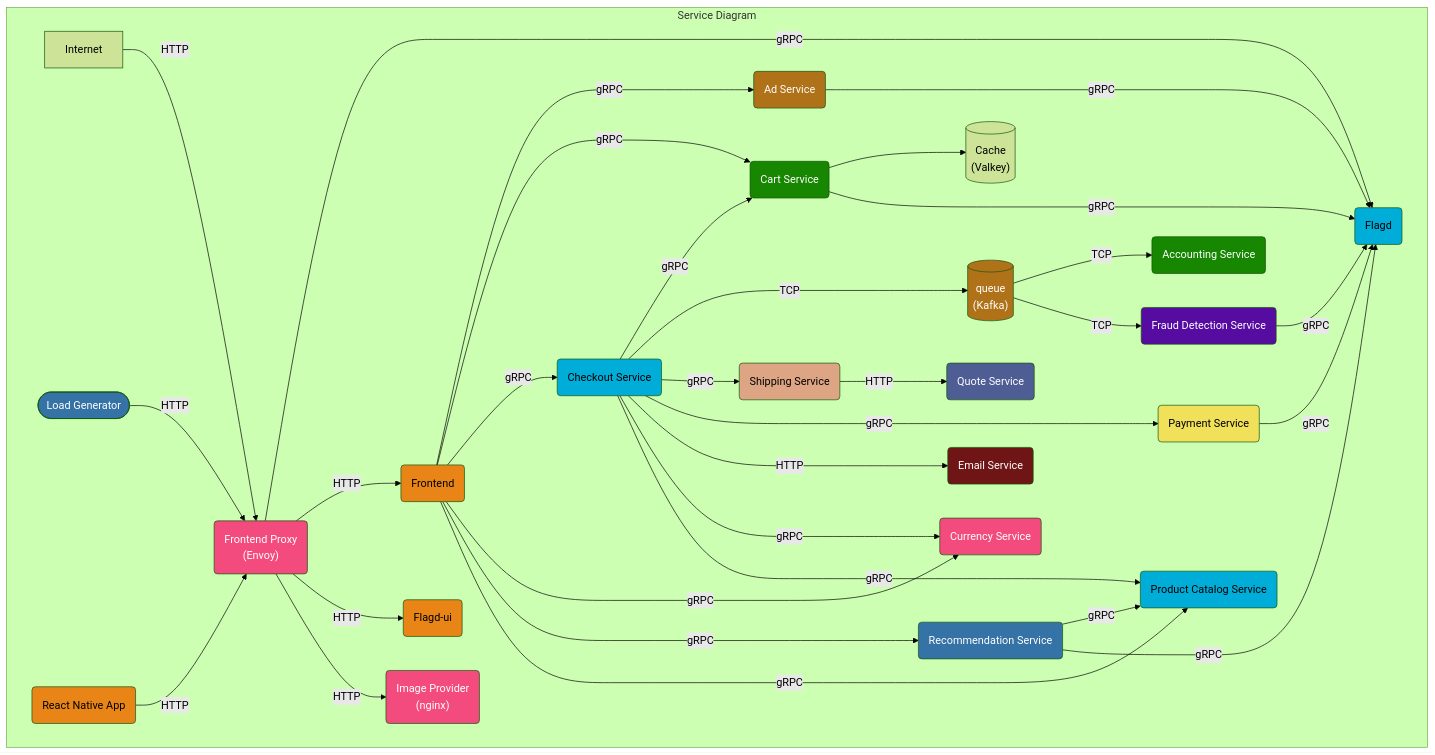
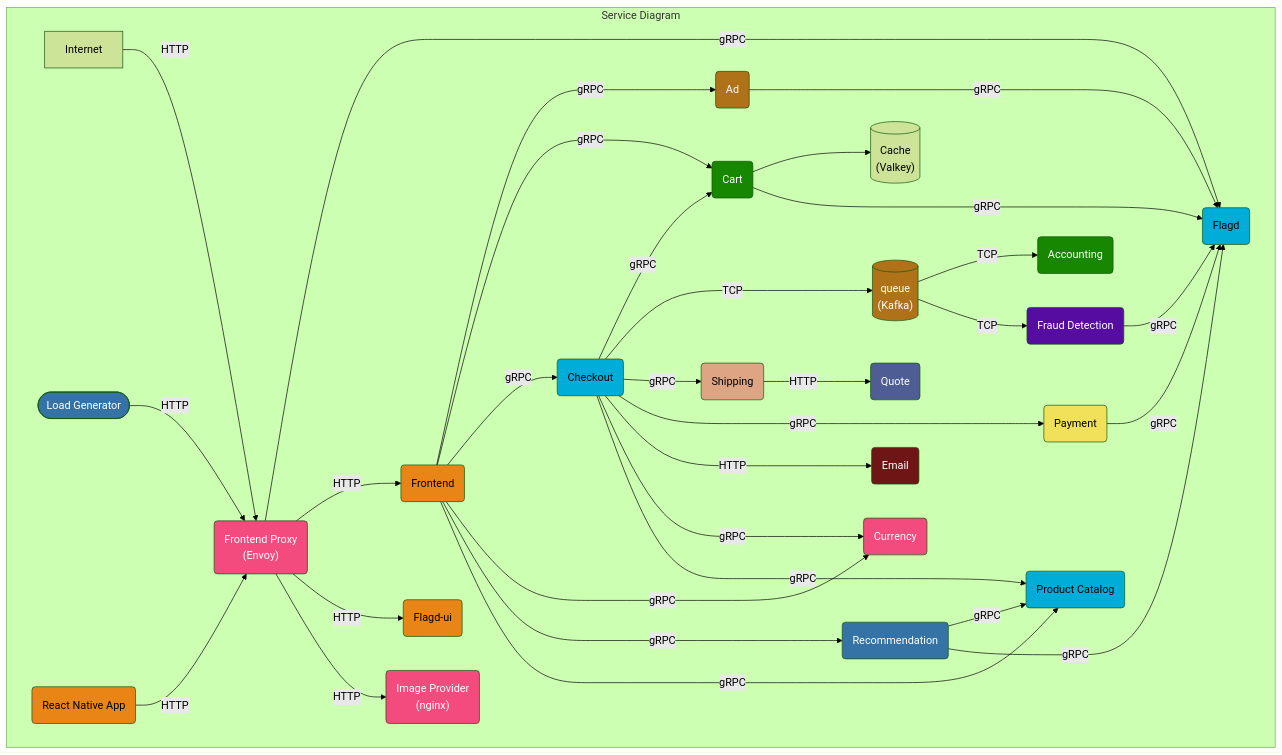
Before and after one commit to open-telemetry/opentelemetry.io: the first of 3 diagrams in content/en/docs/demo/architecture.md, drawn with Mermaid (forest theme). The commit also changed 21 other files, not shown here.

````diff
--- a/content/en/docs/demo/architecture.md
+++ b/content/en/docs/demo/architecture.md
@@ -12,81 +12,81 @@
 ```mermaid
 graph TD
 subgraph Service Diagram
-accountingservice(Accounting Service):::dotnet
-adservice(Ad Service):::java
+accounting(Accounting):::dotnet
+ad(Ad):::java
 cache[(Cache<br/>&#40Valkey&#41)]
-cartservice(Cart Service):::dotnet
-checkoutservice(Checkout Service):::golang
-currencyservice(Currency Service):::cpp
-emailservice(Email Service):::ruby
+cart(Cart):::dotnet
+checkout(Checkout):::golang
+currency(Currency):::cpp
+email(Email):::ruby
 flagd(Flagd):::golang
-flagdui(Flagd-ui):::typescript
-frauddetectionservice(Fraud Detection Service):::kotlin
+flagd-ui(Flagd-ui):::typescript
+fraud-detection(Fraud Detection):::kotlin
 frontend(Frontend):::typescript
-frontendproxy(Frontend Proxy <br/>&#40Envoy&#41):::cpp
-imageprovider(Image Provider <br/>&#40nginx&#41):::cpp
-loadgenerator([Load Generator]):::python
-paymentservice(Payment Service):::javascript
-productcatalogservice(Product Catalog Service):::golang
-quoteservice(Quote Service):::php
-recommendationservice(Recommendation Service):::python
-shippingservice(Shipping Service):::rust
+frontend-proxy(Frontend Proxy <br/>&#40Envoy&#41):::cpp
+image-provider(Image Provider <br/>&#40nginx&#41):::cpp
+load-generator([Load Generator]):::python
+payment(Payment):::javascript
+product-catalog(Product Catalog):::golang
+quote(Quote):::php
+recommendation(Recommendation):::python
+shipping(Shipping):::rust
 queue[(queue<br/>&#40Kafka&#41)]:::java
 react-native-app(React Native App):::typescript
 
-adservice ---->|gRPC| flagd
+ad ---->|gRPC| flagd
 
-checkoutservice -->|gRPC| cartservice
-checkoutservice --->|TCP| queue
-cartservice --> cache
-cartservice -->|gRPC| flagd
+checkout -->|gRPC| cart
+checkout --->|TCP| queue
+cart --> cache
+cart -->|gRPC| flagd
 
-checkoutservice -->|gRPC| shippingservice
-checkoutservice -->|gRPC| paymentservice
-checkoutservice --->|HTTP| emailservice
-checkoutservice -->|gRPC| currencyservice
-checkoutservice -->|gRPC| productcatalogservice
+checkout -->|gRPC| shipping
+checkout -->|gRPC| payment
+checkout --->|HTTP| email
+checkout -->|gRPC| currency
+checkout -->|gRPC| product-catalog
 
-frauddetectionservice -->|gRPC| flagd
+fraud-detection -->|gRPC| flagd
 
-frontend -->|gRPC| adservice
-frontend -->|gRPC| cartservice
-frontend -->|gRPC| checkoutservice
-frontend ---->|gRPC| currencyservice
-frontend ---->|gRPC| recommendationservice
-frontend -->|gRPC| productcatalogservice
+frontend -->|gRPC| ad
+frontend -->|gRPC| cart
+frontend -->|gRPC| checkout
+frontend ---->|gRPC| currency
+frontend ---->|gRPC| recommendation
+frontend -->|gRPC| product-catalog
 
-frontendproxy -->|gRPC| flagd
-frontendproxy -->|HTTP| frontend
-frontendproxy -->|HTTP| flagdui
-frontendproxy -->|HTTP| imageprovider
+frontend-proxy -->|gRPC| flagd
+frontend-proxy -->|HTTP| frontend
+frontend-proxy -->|HTTP| flagd-ui
+frontend-proxy -->|HTTP| image-provider
 
-Internet -->|HTTP| frontendproxy
+Internet -->|HTTP| frontend-proxy
 
-loadgenerator -->|HTTP| frontendproxy
+load-generator -->|HTTP| frontend-proxy
 
-paymentservice -->|gRPC| flagd
+payment -->|gRPC| flagd
 
-queue -->|TCP| accountingservice
-queue -->|TCP| frauddetectionservice
+queue -->|TCP| accounting
+queue -->|TCP| fraud-detection
 
-recommendationservice -->|gRPC| productcatalogservice
-recommendationservice -->|gRPC| flagd
+recommendation -->|gRPC| product-catalog
+recommendation -->|gRPC| flagd
 
-shippingservice -->|HTTP| quoteservice
+shipping -->|HTTP| quote
 
-react-native-app -->|HTTP| frontendproxy
+react-native-app -->|HTTP| frontend-proxy
 end
 
 classDef dotnet fill:#178600,color:white;
 classDef cpp fill:#f34b7d,color:white;
 classDef golang fill:#00add8,color:black;
 classDef java fill:#b07219,color:white;
 classDef javascript fill:#f1e05a,color:black;
 classDef kotlin fill:#560ba1,color:white;
 classDef php fill:#4f5d95,color:white;
 classDef python fill:#3572A5,color:white;
 classDef ruby fill:#701516,color:white;
 classDef rust fill:#dea584,color:black;
 classDef typescript fill:#e98516,color:black;
 ```
````
